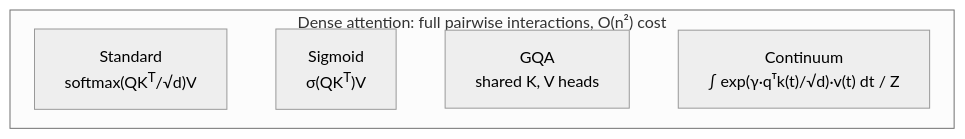
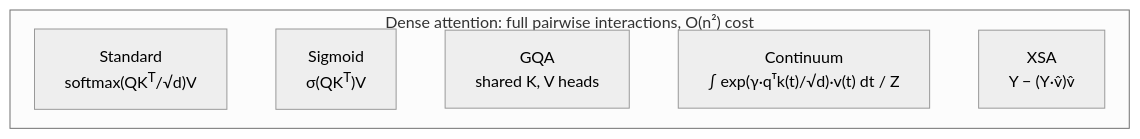
The diagram in docs/paper/figures/dense-map.mmd (erickfmm/frankenstein-transformer), drawn with Mermaid before and after one commit. The commit also changed 48 other files, not shown here.

```diff
--- a/docs/paper/figures/dense-map.mmd
+++ b/docs/paper/figures/dense-map.mmd
@@ -1,9 +1,10 @@
 %%{init: {"theme":"neutral","flowchart":{"curve":"basis","nodeSpacing":18,"rankSpacing":24,"useMaxWidth":false,"wrappingWidth":240}}}%%
 flowchart TD
   subgraph dense["Dense attention: full pairwise interactions, O(n²) cost"]
     standard["Standard<br/>softmax(QK<sup>T</sup>/√d)V"]
     sigmoid["Sigmoid<br/>σ(QK<sup>T</sup>)V"]
     gqa["GQA<br/>shared K, V heads"]
     ca["Continuum<br/>∫ exp(γ·qᵀk(t)/√d)·v(t) dt / Z"]
-    standard ~~~ sigmoid ~~~ gqa ~~~ ca
+    xsa["XSA<br/>Y − (Y·v̂)v̂"]
+    standard ~~~ sigmoid ~~~ gqa ~~~ ca ~~~ xsa
   end
```
